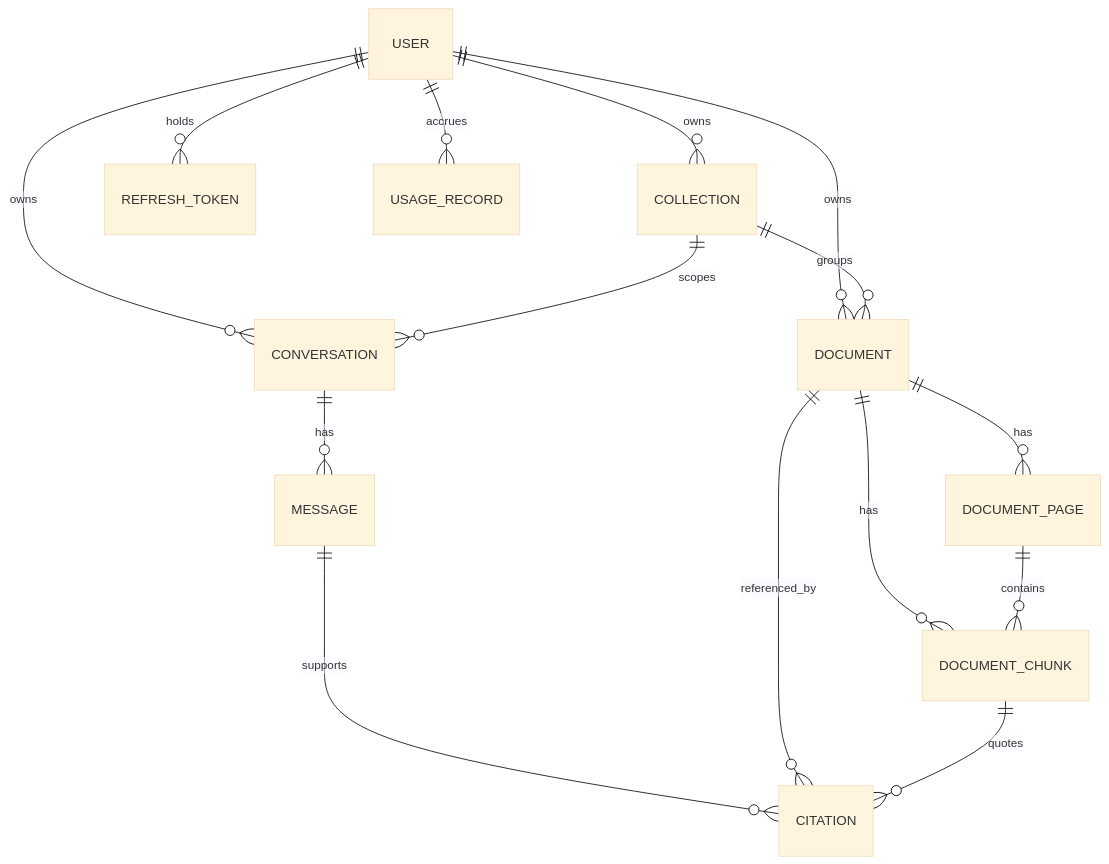
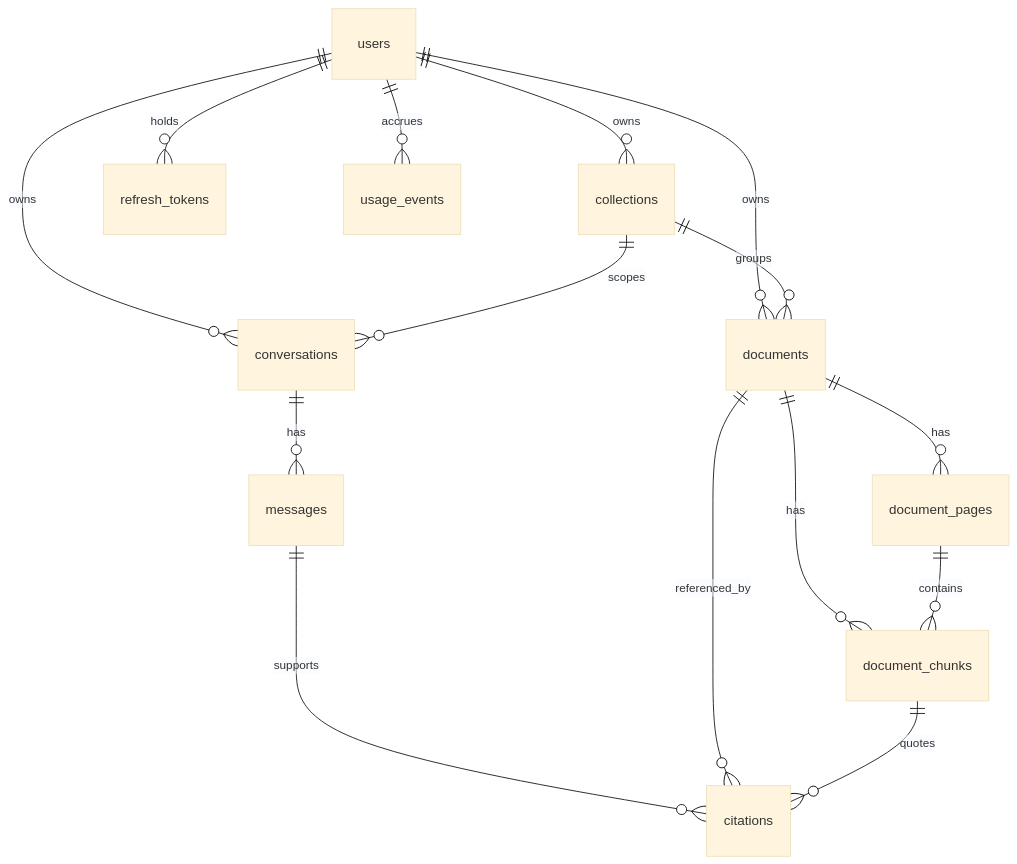
Before and after one commit to n0ah-n0wa/DocuLens: the sixth of 10 diagrams in docs/architecture.md, drawn with Mermaid (base theme). The commit also changed other lines of this file and 62 other files, not shown here.

````diff
--- a/docs/architecture.md
+++ b/docs/architecture.md
@@ -468,17 +462,17 @@
 ```mermaid
 erDiagram
-    USER ||--o{ COLLECTION : owns
-    USER ||--o{ DOCUMENT : owns
-    USER ||--o{ CONVERSATION : owns
-    USER ||--o{ REFRESH_TOKEN : holds
-    USER ||--o{ USAGE_RECORD : accrues
-    COLLECTION ||--o{ DOCUMENT : groups
-    COLLECTION ||--o{ CONVERSATION : scopes
-    DOCUMENT ||--o{ DOCUMENT_PAGE : has
-    DOCUMENT ||--o{ DOCUMENT_CHUNK : has
-    DOCUMENT_PAGE ||--o{ DOCUMENT_CHUNK : contains
-    CONVERSATION ||--o{ MESSAGE : has
-    MESSAGE ||--o{ CITATION : supports
-    DOCUMENT ||--o{ CITATION : referenced_by
-    DOCUMENT_CHUNK ||--o{ CITATION : quotes
+    users ||--o{ collections : owns
+    users ||--o{ documents : owns
+    users ||--o{ conversations : owns
+    users ||--o{ refresh_tokens : holds
+    users ||--o{ usage_events : accrues
+    collections ||--o{ documents : groups
+    collections ||--o{ conversations : scopes
+    documents ||--o{ document_pages : has
+    documents ||--o{ document_chunks : has
+    document_pages ||--o{ document_chunks : contains
+    conversations ||--o{ messages : has
+    messages ||--o{ citations : supports
+    documents ||--o{ citations : referenced_by
+    document_chunks ||--o{ citations : quotes
 ```
````
